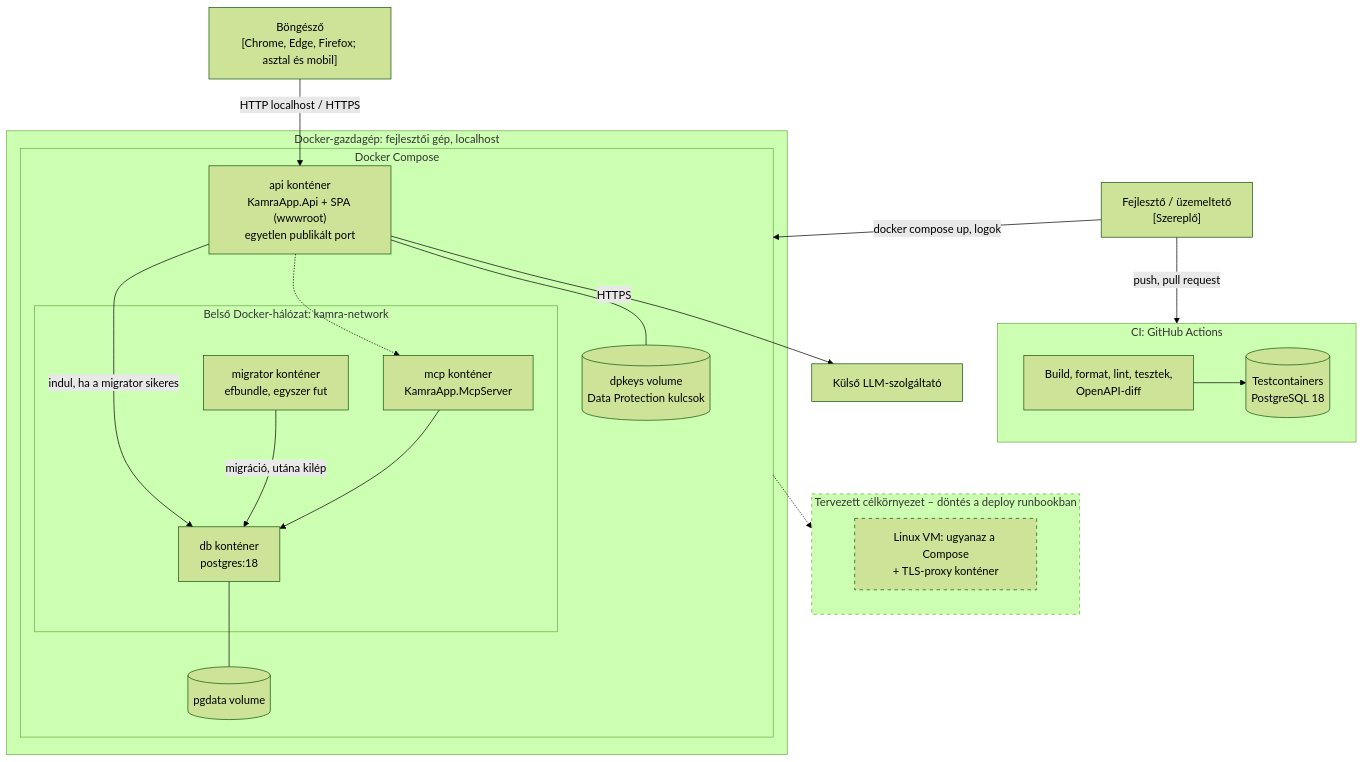
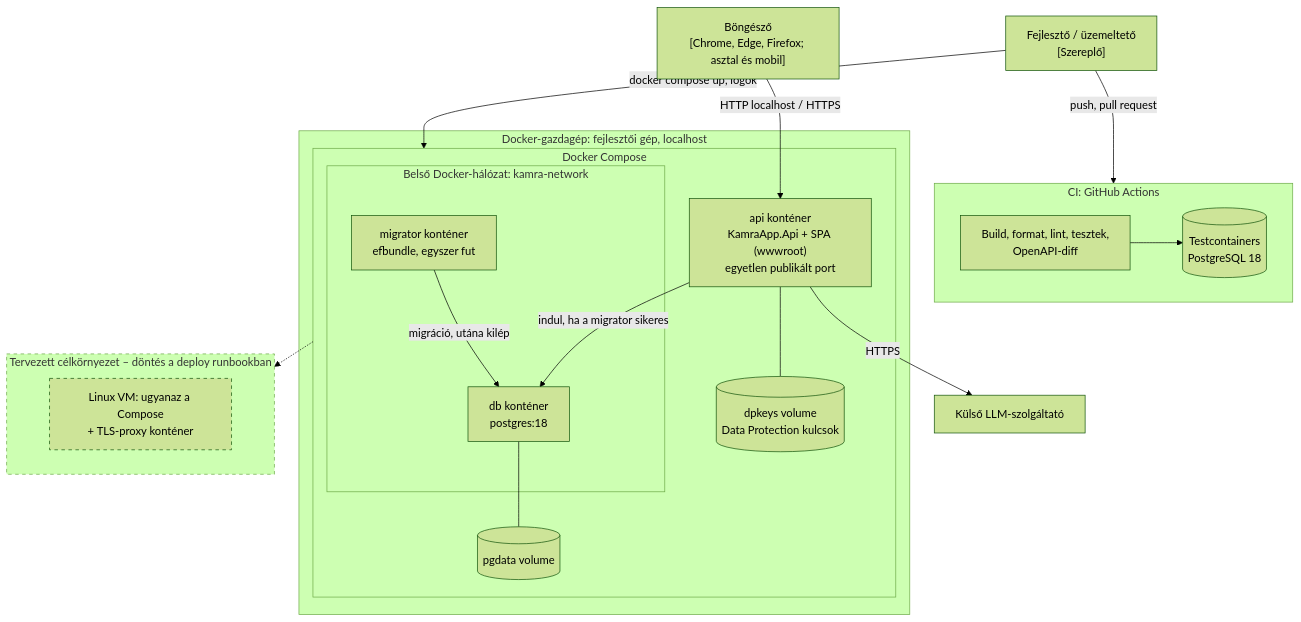
The third of 3 diagrams in docs/02_architecture/c4_context_container.md (toldor/kamra), drawn with Mermaid (forest theme) before and after one commit. The commit also changed other lines of this file and 24 other files, not shown here.

````diff
--- a/docs/02_architecture/c4_context_container.md
+++ b/docs/02_architecture/c4_context_container.md
@@ -100,44 +94,41 @@
 ```mermaid
 flowchart TB
     browser["Böngésző<br/>[Chrome, Edge, Firefox; asztal és mobil]"]
     operator["Fejlesztő / üzemeltető<br/>[Szereplő]"]
     llm["Külső LLM-szolgáltató"]
 
     subgraph ci["CI: GitHub Actions"]
         build["Build, format, lint, tesztek,<br/>OpenAPI-diff"]
         tc[("Testcontainers<br/>PostgreSQL 18")]
         build --> tc
     end
 
     subgraph host["Docker-gazdagép: fejlesztői gép, localhost"]
         subgraph compose["Docker Compose"]
             apic["api konténer<br/>KamraApp.Api + SPA (wwwroot)<br/>egyetlen publikált port"]
             subgraph net["Belső Docker-hálózat: kamra-network"]
-                mcpc["mcp konténer<br/>KamraApp.McpServer"]
                 migc["migrator konténer<br/>efbundle, egyszer fut"]
                 dbc["db konténer<br/>postgres:18"]
             end
             pg[("pgdata volume")]
             dp[("dpkeys volume<br/>Data Protection kulcsok")]
         end
     end
 
     subgraph target["Tervezett célkörnyezet – döntés a deploy runbookban"]
         vm["Linux VM: ugyanaz a Compose<br/>+ TLS-proxy konténer"]
     end
 
     browser -- "HTTP localhost / HTTPS" --> apic
     operator -- "docker compose up, logok" --> compose
     operator -- "push, pull request" --> ci
     migc -- "migráció, utána kilép" --> dbc
     apic -- "indul, ha a migrator sikeres" --> dbc
-    apic -.-> mcpc
-    mcpc --> dbc
     dbc --- pg
     apic --- dp
     apic -- "HTTPS" --> llm
     compose -.-> target
 
     classDef planned stroke-dasharray: 5 5
     class target,vm planned
 ```
````
